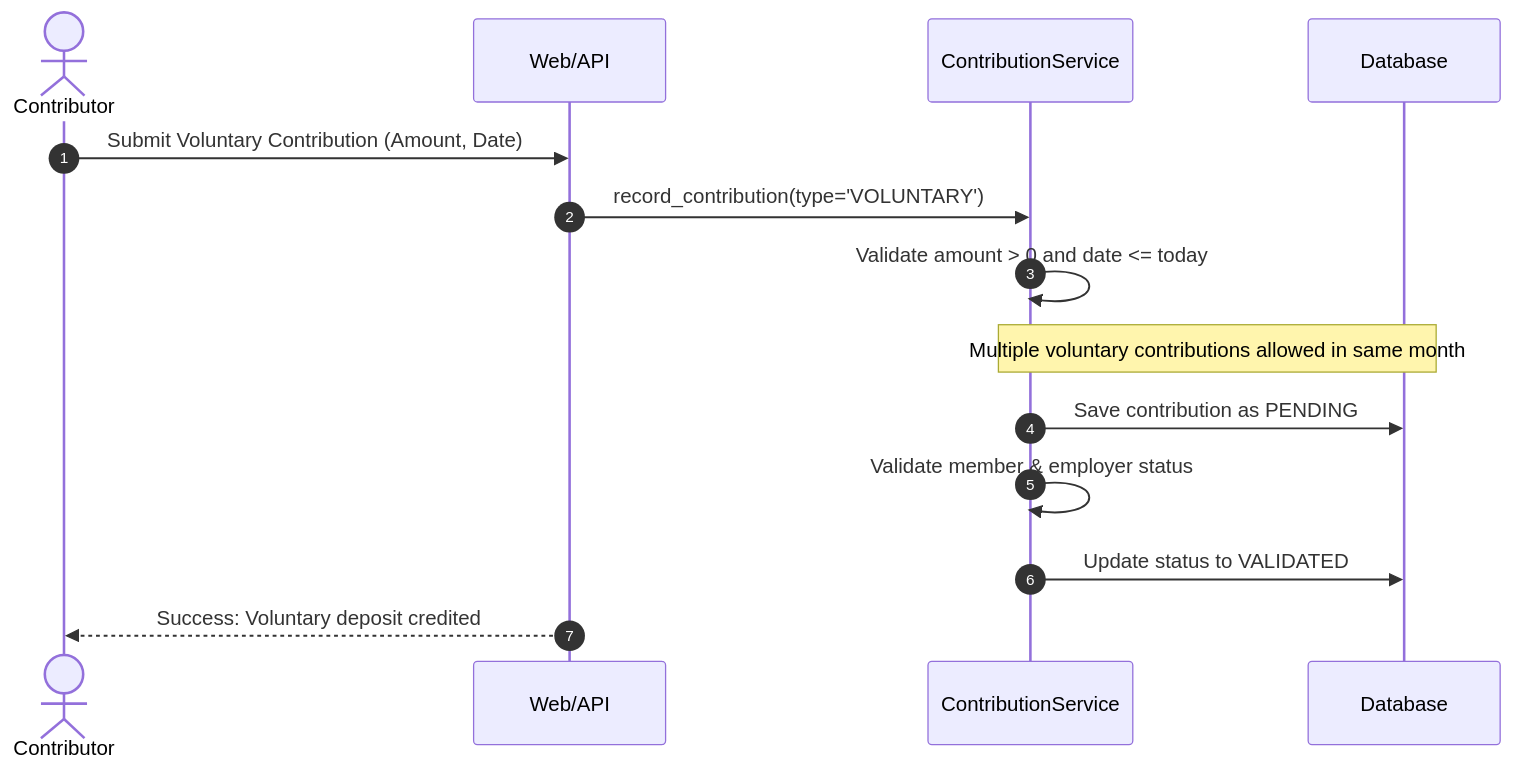
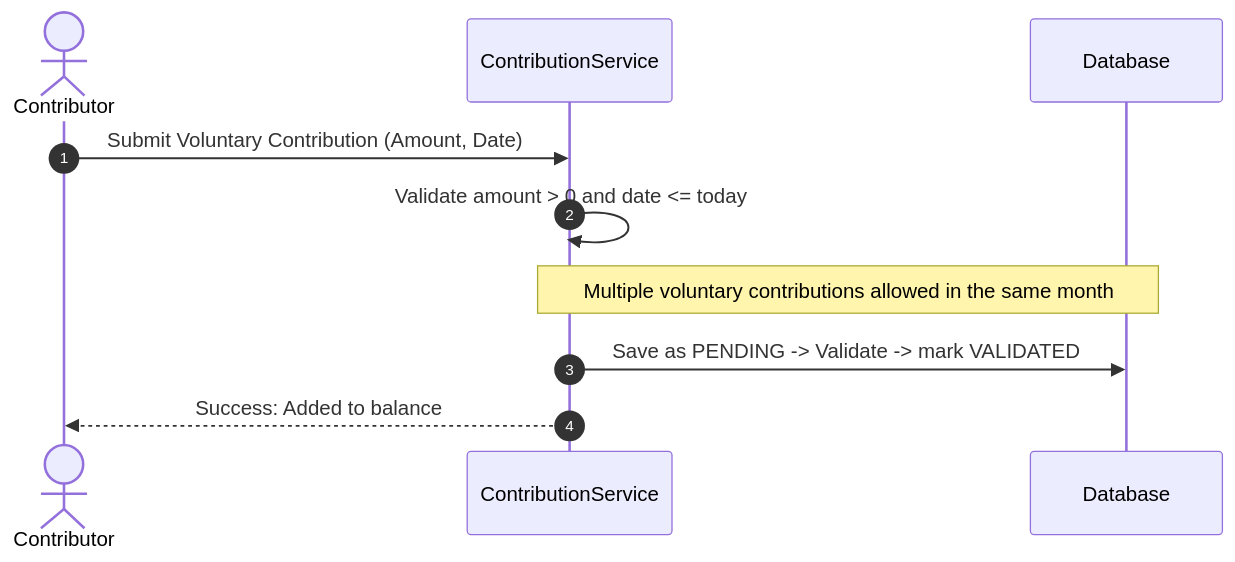
Before and after one commit to victorquadri123/pension-contribution-management-system: the fifth of 7 diagrams in SYSTEM_DESIGN.md, drawn with Mermaid. The commit also changed other lines of this file, not shown here.

````diff
--- a/SYSTEM_DESIGN.md
+++ b/SYSTEM_DESIGN.md
@@ -213,17 +138,13 @@
 ```mermaid
 sequenceDiagram
     autonumber
     actor Contributor as Contributor
-    participant View as Web/API
-    participant Service as ContributionService
+    participant Svc as ContributionService
     participant DB as Database
 
-    Contributor->>View: Submit Voluntary Contribution (Amount, Date)
-    View->>Service: record_contribution(type='VOLUNTARY')
-    Service->>Service: Validate amount > 0 and date <= today
-    Note over Service,DB: Multiple voluntary contributions allowed in same month
-    Service->>DB: Save contribution as PENDING
-    Service->>Service: Validate member & employer status
-    Service->>DB: Update status to VALIDATED
-    View-->>Contributor: Success: Voluntary deposit credited
+    Contributor->>Svc: Submit Voluntary Contribution (Amount, Date)
+    Svc->>Svc: Validate amount > 0 and date <= today
+    Note over Svc,DB: Multiple voluntary contributions allowed in the same month
+    Svc->>DB: Save as PENDING -> Validate -> mark VALIDATED
+    Svc-->>Contributor: Success: Added to balance
 ```
````
